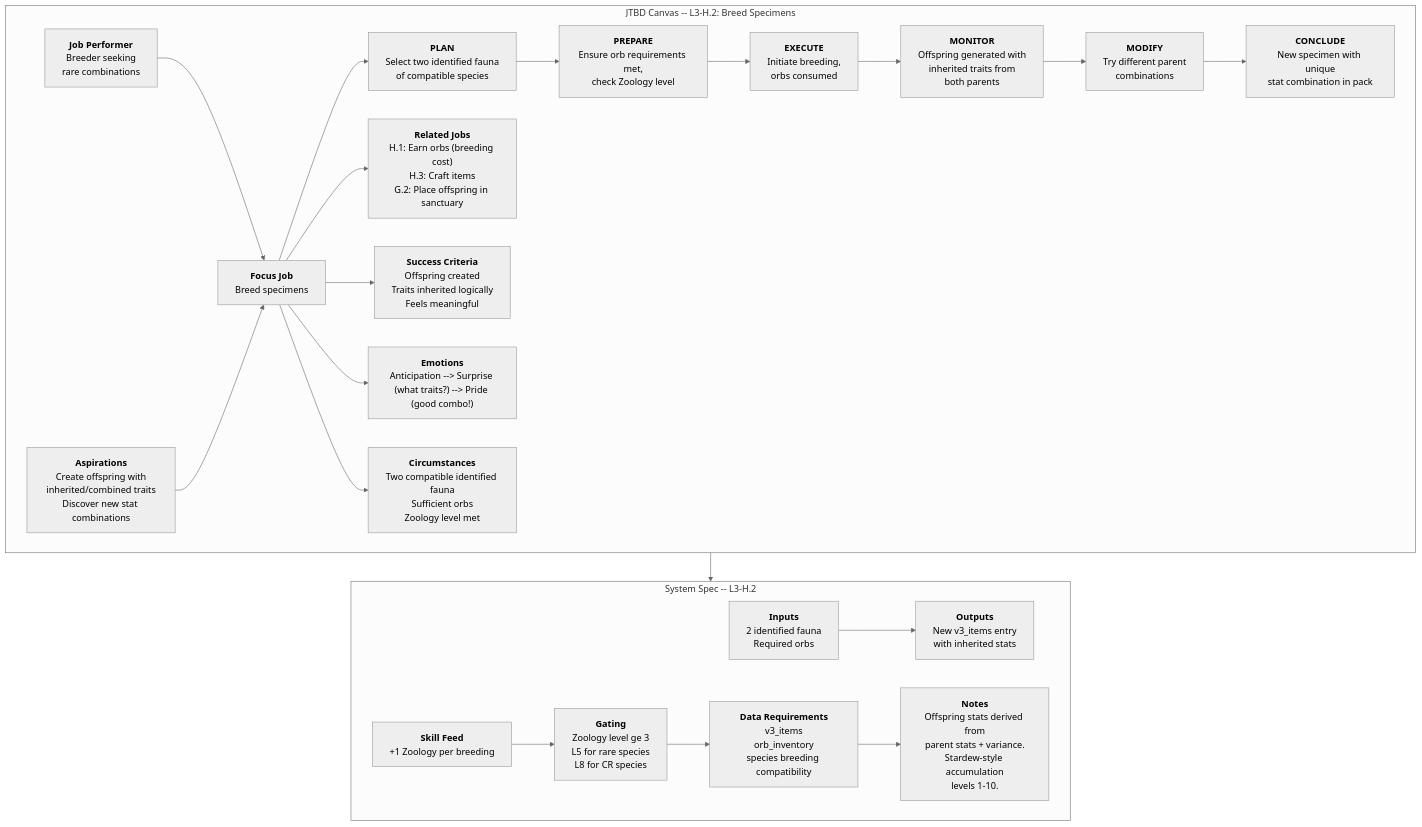
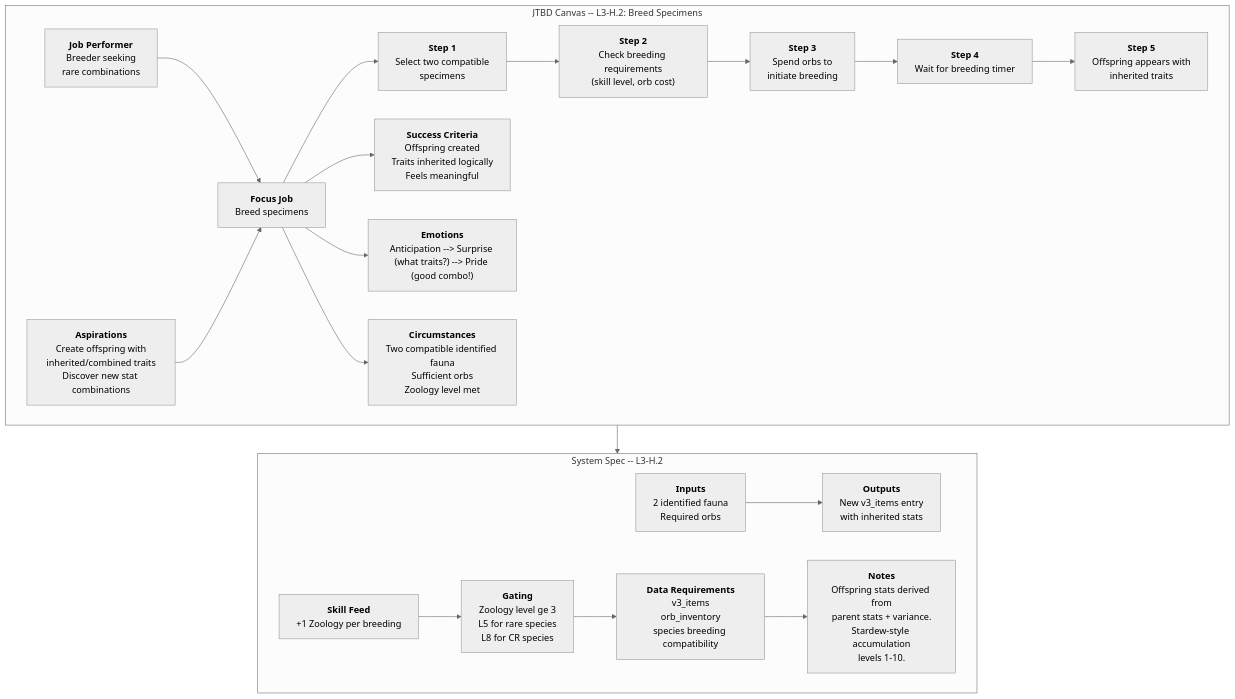
One commit to JMLegere/geo-app changed the diagram in docs/diagrams/problem/h2-breed-specimens.mmd. Above: the diagram before and after it, drawn with Mermaid (neutral theme). The commit also changed 52 other files, not shown here.

```diff
--- a/docs/diagrams/problem/h2-breed-specimens.mmd
+++ b/docs/diagrams/problem/h2-breed-specimens.mmd
@@ -1,42 +1,39 @@
 %% Status: NEEDS HUMAN REVIEW
 flowchart TD
     subgraph JTBD["JTBD Canvas -- L3-H.2: Breed Specimens"]
         JP["<b>Job Performer</b><br/>Breeder seeking<br/>rare combinations"]
         ASP["<b>Aspirations</b><br/>Create offspring with<br/>inherited/combined traits<br/>Discover new stat combinations"]
         FJ["<b>Focus Job</b><br/>Breed specimens"]
-        RJ["<b>Related Jobs</b><br/>H.1: Earn orbs (breeding cost)<br/>H.3: Craft items<br/>G.2: Place offspring in sanctuary"]
-        PLAN["<b>PLAN</b><br/>Select two identified fauna<br/>of compatible species"]
-        PREPARE["<b>PREPARE</b><br/>Ensure orb requirements met,<br/>check Zoology level"]
-        EXECUTE["<b>EXECUTE</b><br/>Initiate breeding,<br/>orbs consumed"]
-        MONITOR["<b>MONITOR</b><br/>Offspring generated with<br/>inherited traits from<br/>both parents"]
-        MODIFY["<b>MODIFY</b><br/>Try different parent<br/>combinations"]
-        CONCLUDE["<b>CONCLUDE</b><br/>New specimen with unique<br/>stat combination in pack"]
+        S1["<b>Step 1</b><br/>Select two compatible<br/>specimens"]
+        S2["<b>Step 2</b><br/>Check breeding requirements<br/>(skill level, orb cost)"]
+        S3["<b>Step 3</b><br/>Spend orbs to<br/>initiate breeding"]
+        S4["<b>Step 4</b><br/>Wait for breeding timer"]
+        S5["<b>Step 5</b><br/>Offspring appears with<br/>inherited traits"]
         SC["<b>Success Criteria</b><br/>Offspring created<br/>Traits inherited logically<br/>Feels meaningful"]
         EM["<b>Emotions</b><br/>Anticipation --> Surprise (what traits?) --> Pride (good combo!)"]
         CIRC["<b>Circumstances</b><br/>Two compatible identified fauna<br/>Sufficient orbs<br/>Zoology level met"]
 
         JP --> FJ
         ASP --> FJ
-        FJ --> PLAN
-        PLAN --> PREPARE --> EXECUTE --> MONITOR --> MODIFY --> CONCLUDE
-        FJ --> RJ
+        FJ --> S1
+        S1 --> S2 --> S3 --> S4 --> S5
         FJ --> SC
         FJ --> EM
         FJ --> CIRC
     end
 
     subgraph SystemSpec["System Spec -- L3-H.2"]
         IN["<b>Inputs</b><br/>2 identified fauna<br/>Required orbs"]
         OUT["<b>Outputs</b><br/>New v3_items entry<br/>with inherited stats"]
         SF["<b>Skill Feed</b><br/>+1 Zoology per breeding"]
         GT["<b>Gating</b><br/>Zoology level ge 3<br/>L5 for rare species<br/>L8 for CR species"]
         DR["<b>Data Requirements</b><br/>v3_items<br/>orb_inventory<br/>species breeding compatibility"]
         NOTES["<b>Notes</b><br/>Offspring stats derived from<br/>parent stats + variance.<br/>Stardew-style accumulation<br/>levels 1-10."]
 
         IN --> OUT
         SF --> GT
         GT --> DR
         DR --> NOTES
     end
 
     JTBD --> SystemSpec
```
